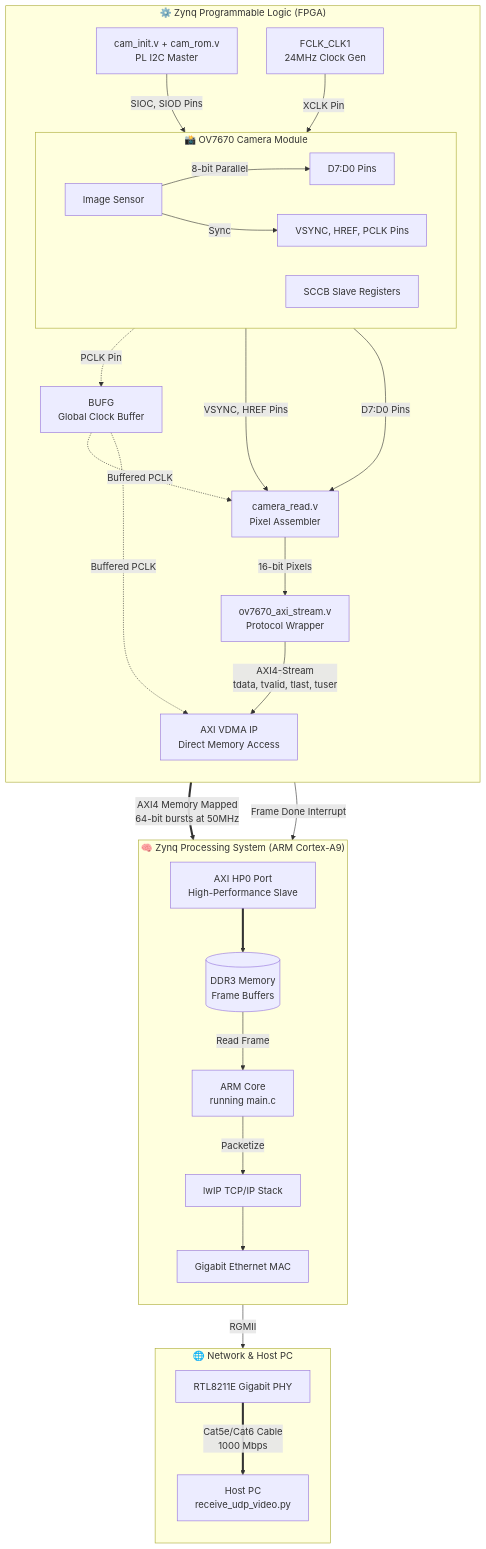
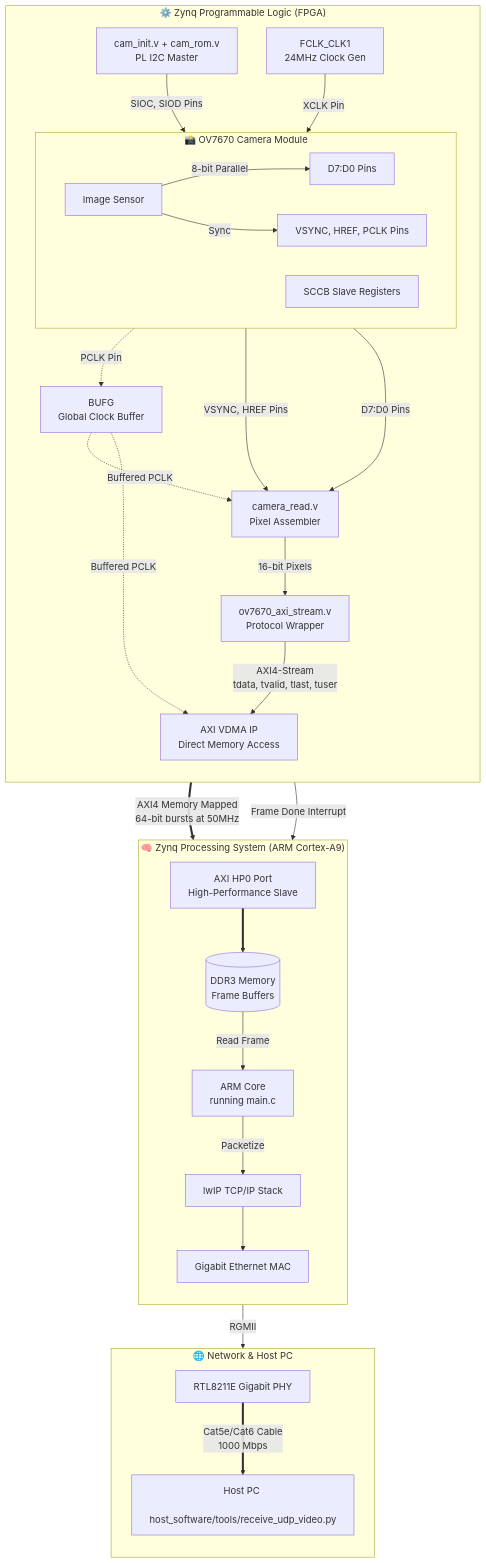
Before and after one commit to Jack0468/ball_balance_video_controlled: the diagram in fpga/ov7670_signal_chain.md, drawn with Mermaid. The commit also changed other lines of this file and 29 other files, not shown here.

Commit message:
refactor: modernize architecture by transitioning to STM32 firmware and restructuring host software for modular ML inference and data pipelines.

````diff
--- a/fpga/ov7670_signal_chain.md
+++ b/fpga/ov7670_signal_chain.md
@@ -7,59 +7,59 @@
 ```mermaid
 flowchart TD
     subgraph OV7670 ["📸 OV7670 Camera Module"]
         direction LR
         SENS[Image Sensor]
         SCCB_SLV[SCCB Slave Registers]
         SENS --> |"8-bit Parallel"| D_PINS[D7:D0 Pins]
         SENS --> |"Sync"| SYNC_PINS[VSYNC, HREF, PCLK Pins]
     end
 
     subgraph ZYNQ_PL ["⚙️ Zynq Programmable Logic (FPGA)"]
         direction TB
         
         %% Clock and I2C config
         XCLK_GEN[FCLK_CLK1 <br> 24MHz Clock Gen] -->|XCLK Pin| OV7670
         CAM_INIT[cam_init.v + cam_rom.v <br> PL I2C Master] -->|SIOC, SIOD Pins| SCCB_SLV
         
         %% Pixel data path
         BUFG[BUFG <br> Global Clock Buffer]
         SYNC_PINS -.-> |PCLK Pin| BUFG
         
         CAM_READ[camera_read.v <br> Pixel Assembler]
         SYNC_PINS --> |VSYNC, HREF Pins| CAM_READ
         D_PINS --> |D7:D0 Pins| CAM_READ
         BUFG -.-> |Buffered PCLK| CAM_READ
         
         AXI_STR[ov7670_axi_stream.v <br> Protocol Wrapper]
         CAM_READ --> |16-bit Pixels| AXI_STR
         
         VDMA[AXI VDMA IP <br> Direct Memory Access]
         AXI_STR --> |AXI4-Stream <br> tdata, tvalid, tlast, tuser| VDMA
         BUFG -.-> |Buffered PCLK| VDMA
     end
 
     subgraph ZYNQ_PS ["🧠 Zynq Processing System (ARM Cortex-A9)"]
         direction TB
         HP0[AXI HP0 Port <br> High-Performance Slave]
         DDR3[(DDR3 Memory <br> Frame Buffers)]
         CPU[ARM Core <br> running main.c]
         LWIP[lwIP TCP/IP Stack]
         MAC[Gigabit Ethernet MAC]
         
         VDMA ==> |AXI4 Memory Mapped <br> 64-bit bursts at 50MHz| HP0
         HP0 ==> DDR3
         VDMA --> |Frame Done Interrupt| CPU
         DDR3 --> |Read Frame| CPU
         CPU --> |Packetize| LWIP
         LWIP --> MAC
     end
 
     subgraph NETWORK ["🌐 Network & Host PC"]
         direction TB
         PHY[RTL8211E Gigabit PHY]
-        PC[Host PC <br> receive_udp_video.py]
+        PC[Host PC <br> host_software/tools/receive_udp_video.py]
         
         MAC --> |RGMII| PHY
         PHY ==> |Cat5e/Cat6 Cable <br> 1000 Mbps| PC
     end
 ```
````
